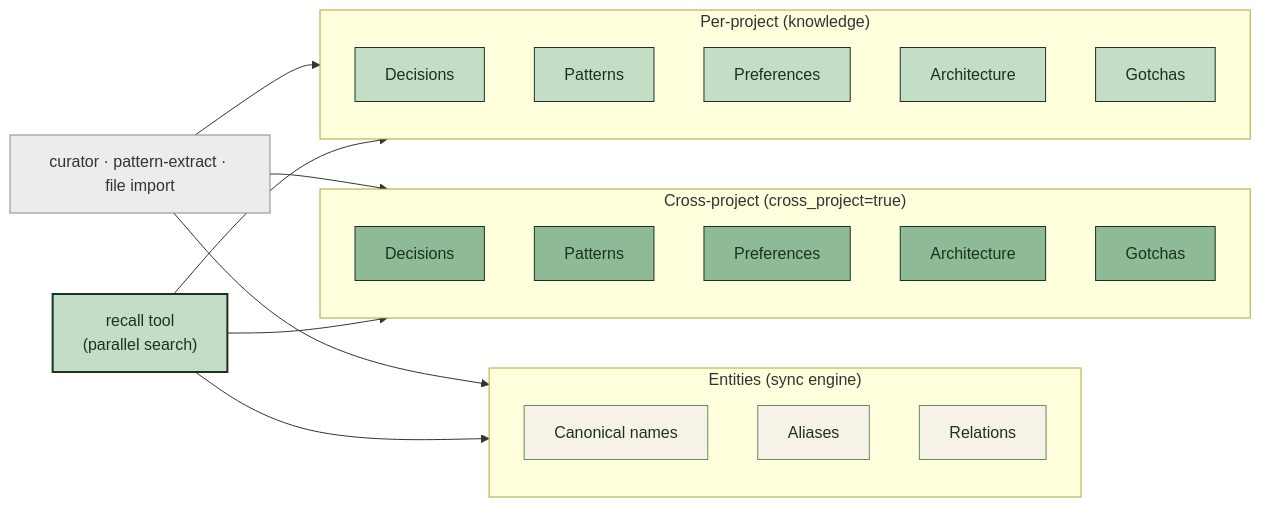
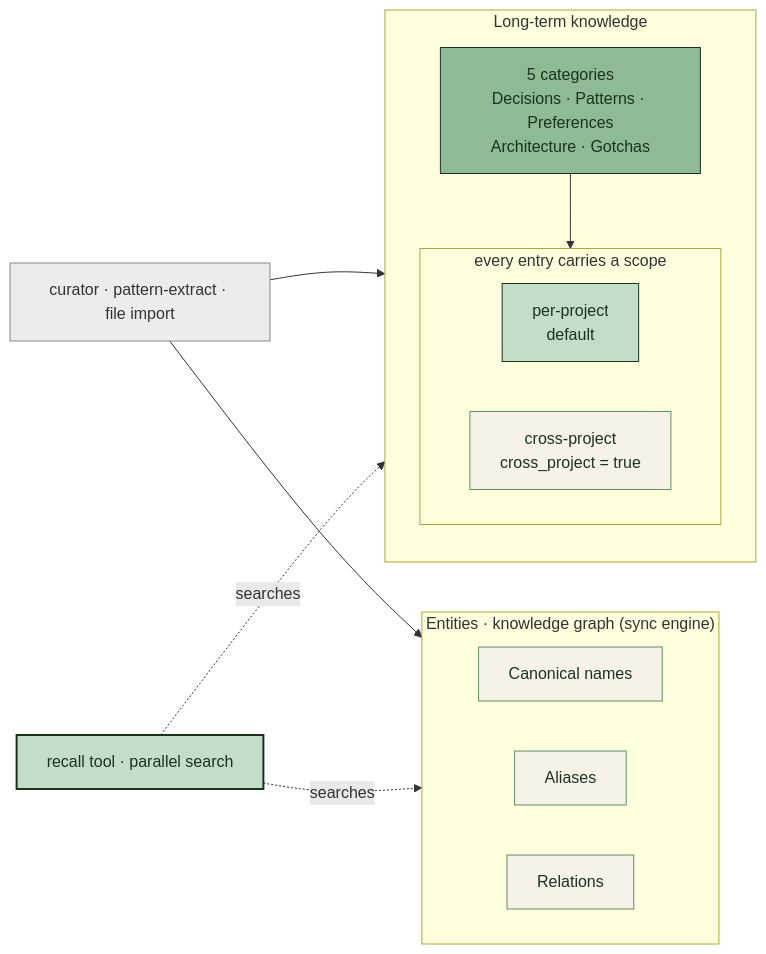
The third of 5 diagrams in packages/website/src/content/docs/docs/architecture.md (BYK/loreai), drawn with Mermaid before and after one commit. The commit also changed other lines of this file, not shown here.

First line of the commit message:
docs(website): redesign architecture diagrams for readability + fix accuracy

````diff
--- a/packages/website/src/content/docs/docs/architecture.md
+++ b/packages/website/src/content/docs/docs/architecture.md
@@ -102,41 +95,35 @@
 ```mermaid
 flowchart LR
-    subgraph PerProject["Per-project (knowledge)"]
+    Sources["curator · pattern-extract · file import"]:::src
+    Recall["recall tool · parallel search"]:::search
+
+    subgraph KB["Long-term knowledge"]
         direction TB
-        P1[Decisions]:::cat
-        P2[Patterns]:::cat
-        P3[Preferences]:::cat
-        P4[Architecture]:::cat
-        P5[Gotchas]:::cat
+        Cats["5 categories<br/>Decisions · Patterns · Preferences<br/>Architecture · Gotchas"]:::cat
+        subgraph Scopes["every entry carries a scope"]
+            direction LR
+            SP["per-project<br/>default"]:::scopeA
+            SC["cross-project<br/>cross_project = true"]:::scopeB
+        end
+        Cats --> Scopes
     end
 
-    subgraph Cross["Cross-project (cross_project=true)"]
-        direction TB
-        C1[Decisions]:::cross
-        C2[Patterns]:::cross
-        C3[Preferences]:::cross
-        C4[Architecture]:::cross
-        C5[Gotchas]:::cross
-    end
-
-    subgraph Entities["Entities (sync engine)"]
-        direction TB
+    subgraph Ent["Entities · knowledge graph (sync engine)"]
+        direction LR
         E1[Canonical names]:::ent
         E2[Aliases]:::ent
         E3[Relations]:::ent
     end
 
-    Sources["curator · pattern-extract · file import"]:::src --> PerProject
-    Sources --> Cross
-    Sources --> Entities
+    Sources --> KB
+    Sources --> Ent
+    Recall -. searches .-> KB
+    Recall -. searches .-> Ent
 
-    Search["recall tool<br/>(parallel search)"]:::search --> PerProject
-    Search --> Cross
-    Search --> Entities
-
-    classDef cat fill:#c4ddc7,stroke:#1a3320,color:#1a3320
-    classDef cross fill:#8fba96,stroke:#1a3320,color:#1a3320
+    classDef cat fill:#8fba96,stroke:#1a3320,color:#1a3320
+    classDef scopeA fill:#c4ddc7,stroke:#1a3320,color:#1a3320
+    classDef scopeB fill:#f7f2e8,stroke:#5a8f63,color:#1a3320
     classDef ent fill:#f7f2e8,stroke:#5a8f63,color:#1a3320
     classDef src fill:#ececec,stroke:#888,color:#333
     classDef search fill:#c4ddc7,stroke:#1a3320,stroke-width:2px,color:#1a3320
 ```
````
